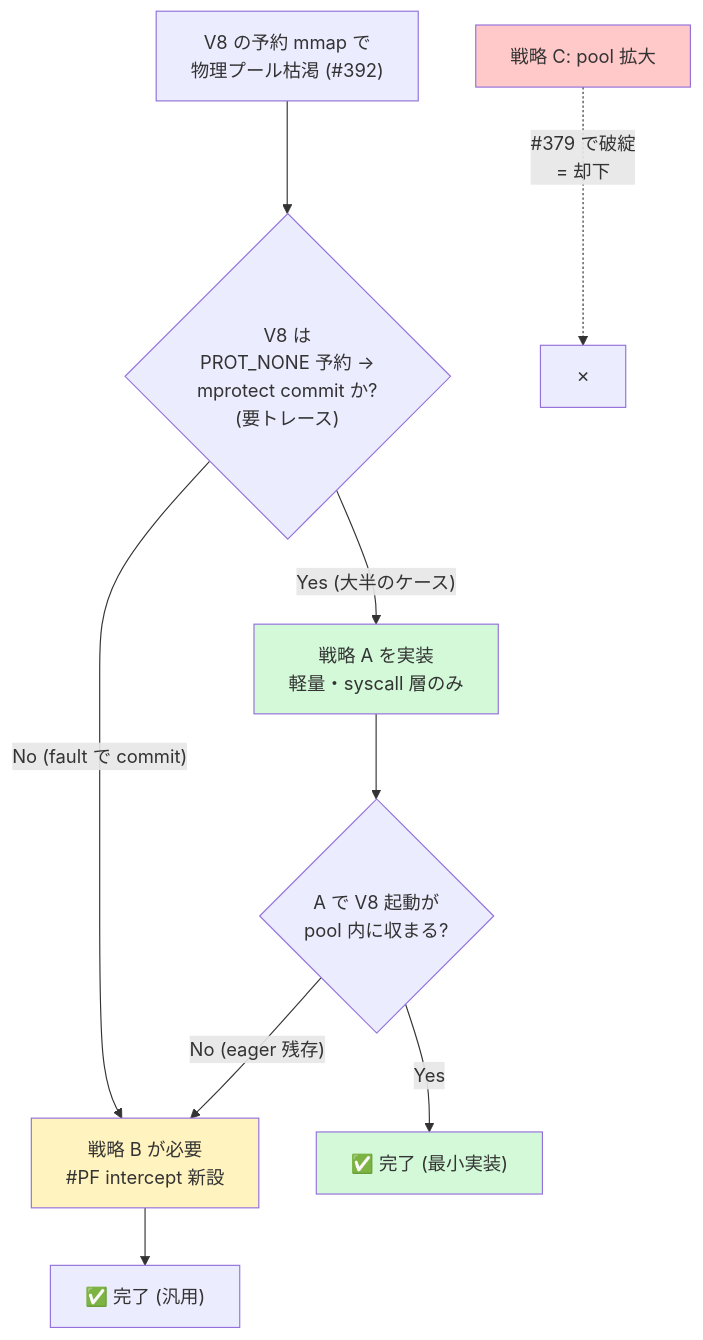
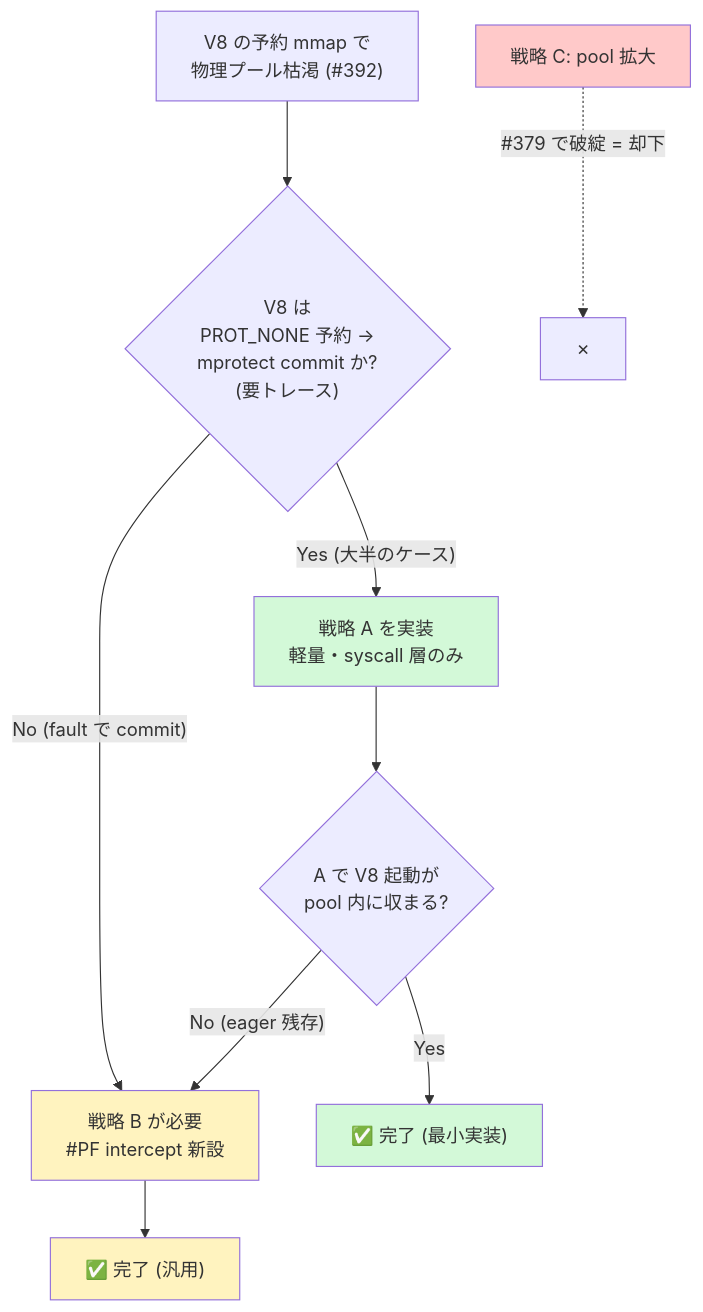
Before and after one commit to kiyoka/Emulin: the sixth of 6 diagrams in docs/issue392-mmap-demand-paging-design.md, drawn with Mermaid. The commit also changed other lines of this file, not shown here.

First line of the commit message:
issue #392: 設計書の図を全て Mermaid 化 (ASCII の box が全角文字とずれて見にくい問題)

````diff
--- a/docs/issue392-mmap-demand-paging-design.md
+++ b/docs/issue392-mmap-demand-paging-design.md
@@ -173,16 +129,17 @@
 ```mermaid
 flowchart TD
   S["V8 の予約 mmap で<br/>物理プール枯渇 (#392)"] --> Q1{"V8 は<br/>PROT_NONE 予約 →<br/>mprotect commit か?<br/>(要トレース)"}
   Q1 -->|"Yes (大半のケース)"| A["戦略 A を実装<br/>軽量・syscall 層のみ"]
   Q1 -->|"No (fault で commit)"| B["戦略 B が必要<br/>#PF intercept 新設"]
   A --> Q2{"A で V8 起動が<br/>pool 内に収まる?"}
   Q2 -->|Yes| Done["✅ 完了 (最小実装)"]
   Q2 -->|"No (eager 残存)"| B
   B --> Done2["✅ 完了 (汎用)"]
-  C["戦略 C: pool 拡大"] -.->|"#379 で破綻<br/>= 却下"| X["✗"]
+  C["戦略 C: pool 拡大"] -.->|"#379 で破綻 = 却下"| X["✗"]
 
   style A fill:#d3f9d8
   style B fill:#fff3bf
   style C fill:#ffc9c9
   style Done fill:#d3f9d8
+  style Done2 fill:#fff3bf
 ```
````
